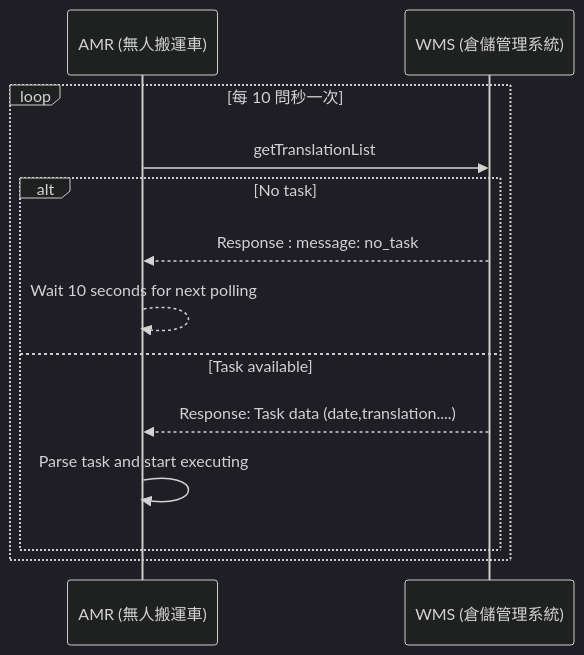
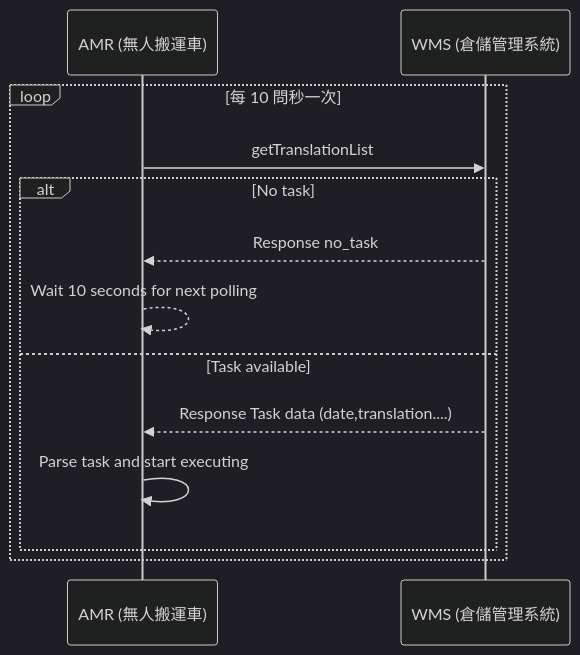
The first of 2 diagrams in README.md (athena-tircgo/amr-wms-lsj), drawn with Mermaid (dark theme) before and after one commit. The commit also changed other lines of this file, not shown here.

````diff
--- a/README.md
+++ b/README.md
@@ -93,15 +93,15 @@
 ```mermaid
 sequenceDiagram
     participant AMR as AMR (無人搬運車)
     participant WMS as WMS (倉儲管理系統)
     loop 每 10 問秒一次
         AMR->>WMS: getTranslationList
         alt No task
-            WMS-->>AMR: Response : message: no_task
+            WMS-->>AMR: Response no_task
             AMR-->>AMR: Wait 10 seconds for next polling
         else Task available
-            WMS-->>AMR: Response: Task data (date,translation....)
+            WMS-->>AMR: Response Task data (date,translation....)
             AMR->>AMR: Parse task and start executing
         end
     end
 ```
````
